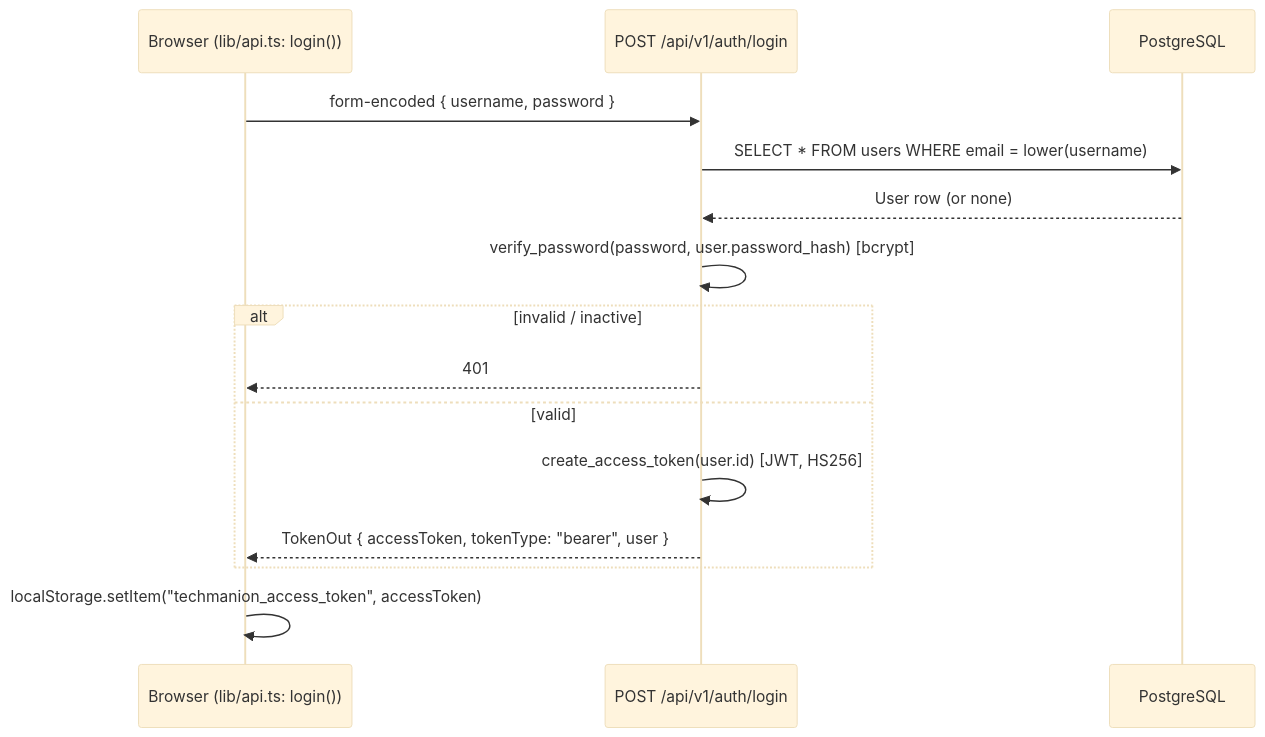
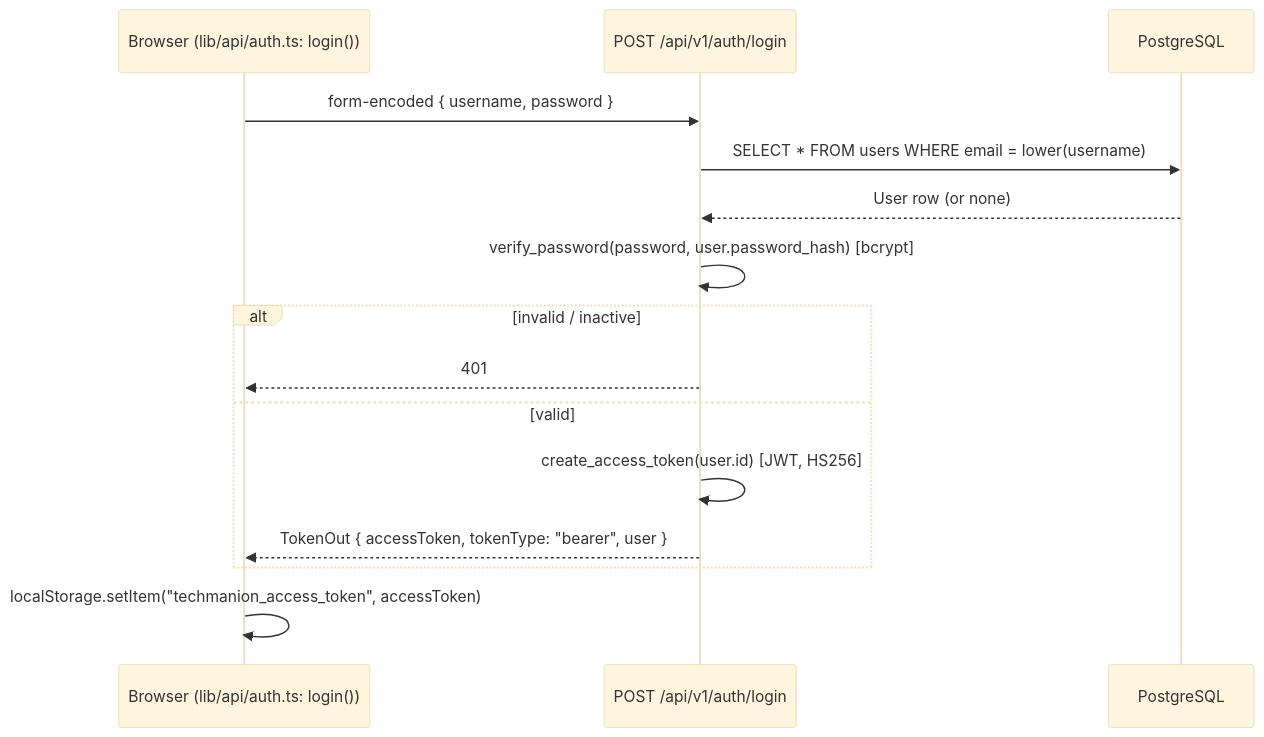
One commit to techmanion/techmanion-portal changed the diagram in docs/Backend/Authentication.md. Above: the diagram before and after it, drawn with Mermaid (base theme). The commit also changed other lines of this file and 120 other files, not shown here.

Commit message:
Refactor the frontend and backend to follow better code quality architecture

````diff
--- a/docs/Backend/Authentication.md
+++ b/docs/Backend/Authentication.md
@@ -12,18 +12,18 @@
 ```mermaid
 sequenceDiagram
-    participant FE as Browser (lib/api.ts: login())
+    participant FE as Browser (lib/api/auth.ts: login())
     participant API as POST /api/v1/auth/login
     participant DB as PostgreSQL
 
     FE->>API: form-encoded { username, password }
     API->>DB: SELECT * FROM users WHERE email = lower(username)
     DB-->>API: User row (or none)
     API->>API: verify_password(password, user.password_hash) [bcrypt]
     alt invalid / inactive
         API-->>FE: 401
     else valid
         API->>API: create_access_token(user.id) [JWT, HS256]
         API-->>FE: TokenOut { accessToken, tokenType: "bearer", user }
     end
     FE->>FE: localStorage.setItem("techmanion_access_token", accessToken)
 ```
````
